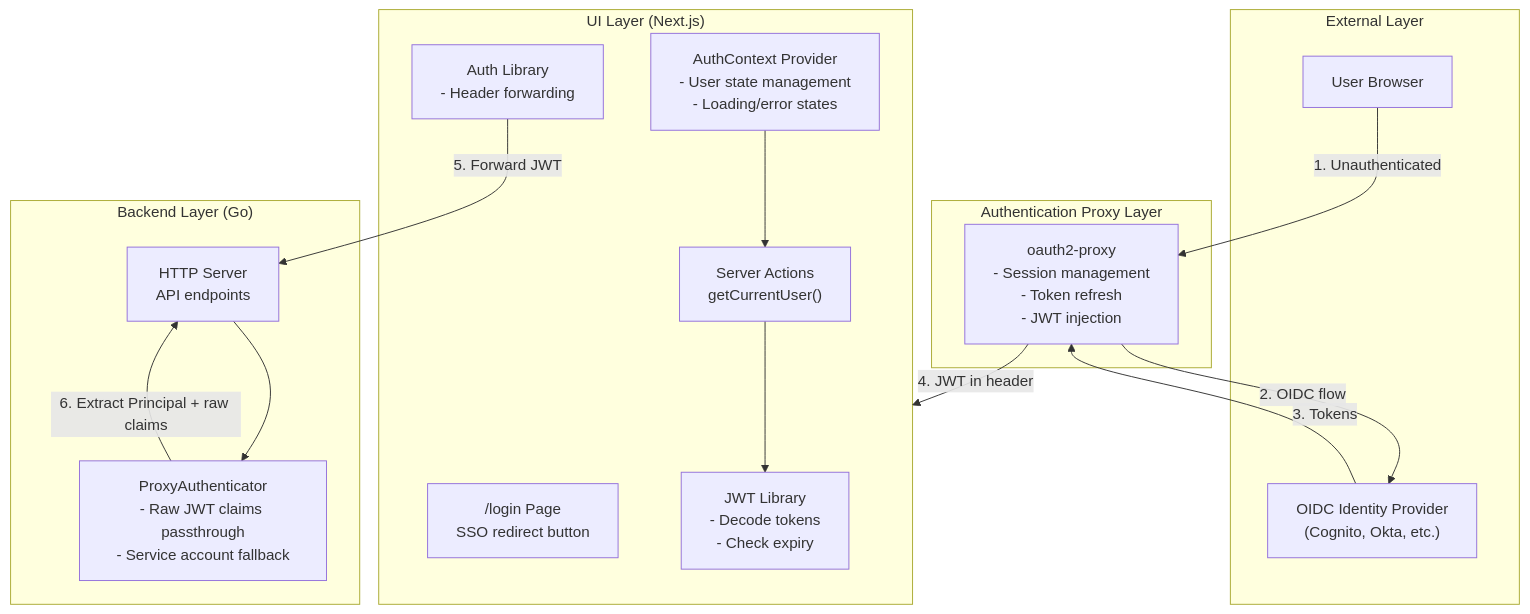
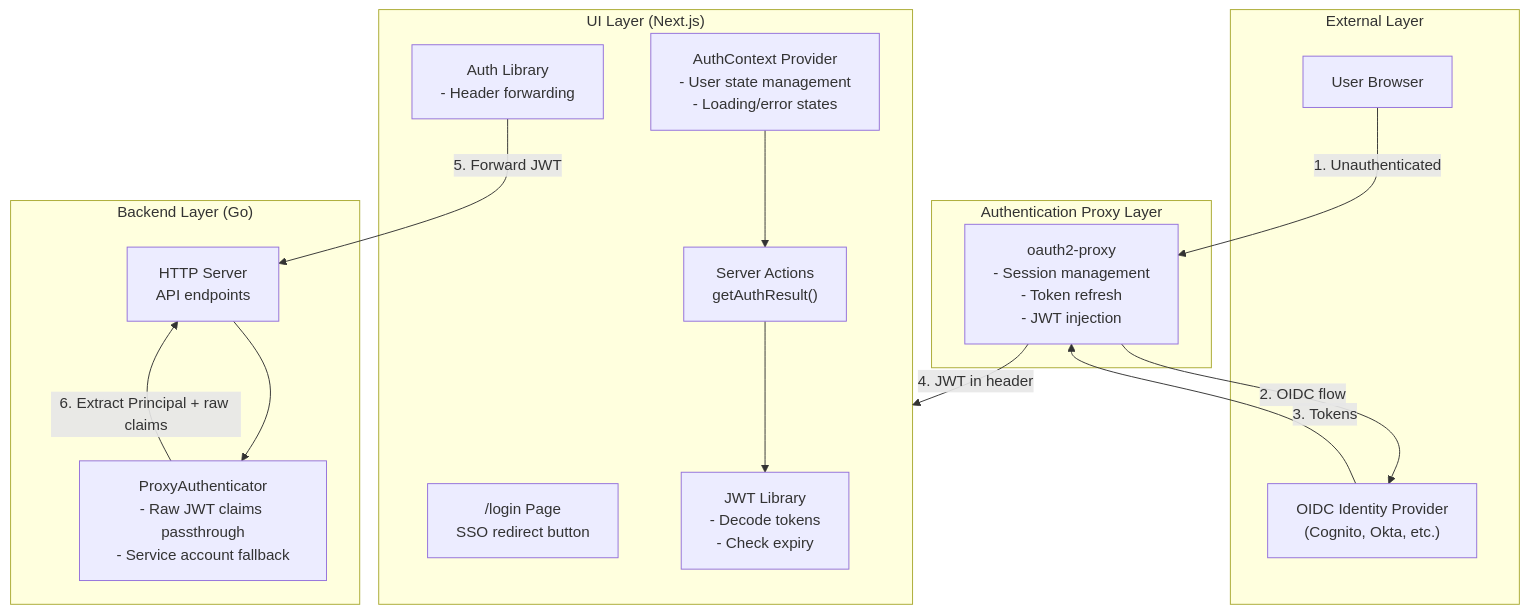
Before and after one commit to kagent-dev/kagent: the second of 4 diagrams in docs/OIDC_PROXY_AUTH_ARCHITECTURE.md, drawn with Mermaid. The commit also changed other lines of this file and 6 other files, not shown here.

First line of the commit message:
fix(ui): address PR review feedback for SSO re-auth flow

````diff
--- a/docs/OIDC_PROXY_AUTH_ARCHITECTURE.md
+++ b/docs/OIDC_PROXY_AUTH_ARCHITECTURE.md
@@ -40,36 +40,36 @@
 ```mermaid
 flowchart TB
     subgraph External["External Layer"]
         Browser["User Browser"]
         IDP["OIDC Identity Provider<br/>(Cognito, Okta, etc.)"]
     end
 
     subgraph Proxy["Authentication Proxy Layer"]
         OAuth2Proxy["oauth2-proxy<br/>- Session management<br/>- Token refresh<br/>- JWT injection"]
     end
 
     subgraph UI["UI Layer (Next.js)"]
         LoginPage["/login Page<br/>SSO redirect button"]
         AuthContext["AuthContext Provider<br/>- User state management<br/>- Loading/error states"]
-        AuthActions["Server Actions<br/>getCurrentUser()"]
+        AuthActions["Server Actions<br/>getAuthResult()"]
         JWTLib["JWT Library<br/>- Decode tokens<br/>- Check expiry"]
         AuthLib["Auth Library<br/>- Header forwarding"]
     end
 
     subgraph Backend["Backend Layer (Go)"]
         ProxyAuth["ProxyAuthenticator<br/>- Raw JWT claims passthrough<br/>- Service account fallback"]
         HTTPServer["HTTP Server<br/>API endpoints"]
     end
 
     Browser -->|"1. Unauthenticated"| OAuth2Proxy
     OAuth2Proxy -->|"2. OIDC flow"| IDP
     IDP -->|"3. Tokens"| OAuth2Proxy
     OAuth2Proxy -->|"4. JWT in header"| UI
 
     AuthContext --> AuthActions
     AuthActions --> JWTLib
 
     AuthLib -->|"5. Forward JWT"| HTTPServer
     HTTPServer --> ProxyAuth
     ProxyAuth -->|"6. Extract Principal + raw claims"| HTTPServer
 ```
````
